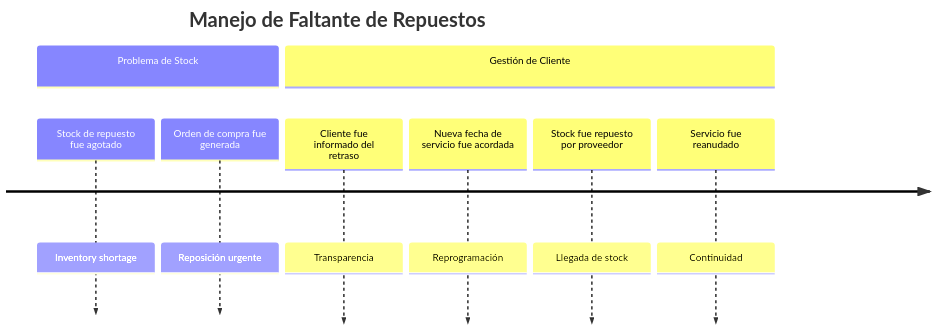
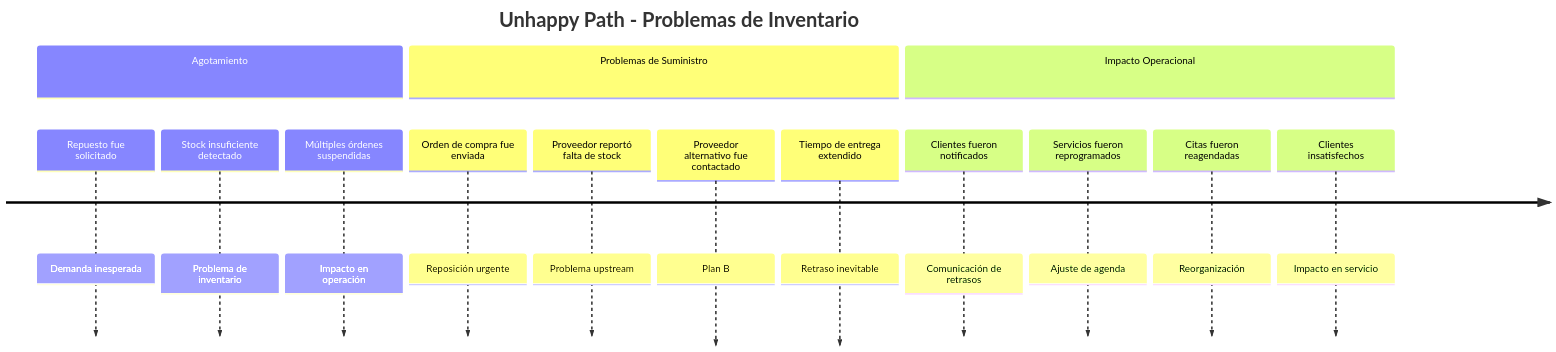
Before and after one commit to JanoverSaldana/arbol-decisiones-tracker-mobility: diagram 12 of 13 in eventstorming-step2-timeline-organization.md, drawn with Mermaid. The commit also changed other lines of this file, not shown here.

````diff
--- a/eventstorming-step2-timeline-organization.md
+++ b/eventstorming-step2-timeline-organization.md
@@ -325,14 +535,21 @@
 ```mermaid
 timeline
-    title Manejo de Faltante de Repuestos
+    title Unhappy Path - Problemas de Inventario
     
-    section Problema de Stock
-        Stock de repuesto fue agotado : Inventory shortage
-        Orden de compra fue generada : Reposición urgente
+    section Agotamiento
+        Repuesto fue solicitado : Demanda inesperada
+        Stock insuficiente detectado : Problema de inventario
+        Múltiples órdenes suspendidas : Impacto en operación
         
-    section Gestión de Cliente
-        Cliente fue informado del retraso : Transparencia
-        Nueva fecha de servicio fue acordada : Reprogramación
-        Stock fue repuesto por proveedor : Llegada de stock
-        Servicio fue reanudado : Continuidad
+    section Problemas de Suministro
+        Orden de compra fue enviada : Reposición urgente
+        Proveedor reportó falta de stock : Problema upstream
+        Proveedor alternativo fue contactado : Plan B
+        Tiempo de entrega extendido : Retraso inevitable
+        
+    section Impacto Operacional
+        Clientes fueron notificados : Comunicación de retrasos
+        Servicios fueron reprogramados : Ajuste de agenda
+        Citas fueron reagendadas : Reorganización
+        Clientes insatisfechos : Impacto en servicio
 ```
````
